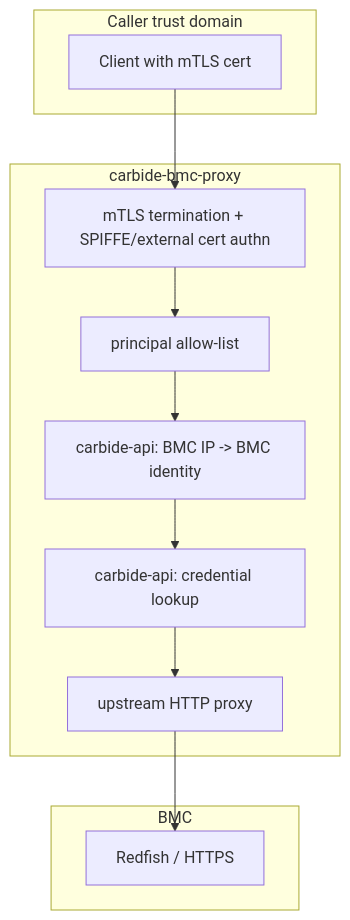
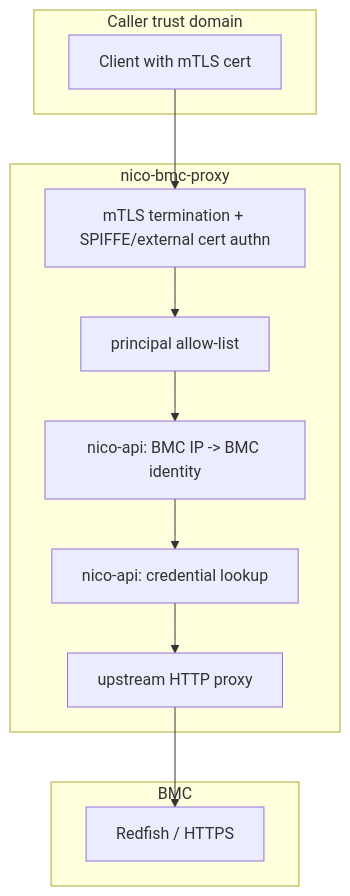
One commit to NVIDIA/infra-controller changed the second of 3 diagrams in crates/bmc-proxy/README.md. Above: the diagram before and after it, drawn with Mermaid. The commit also changed other lines of this file and 89 other files, not shown here.

````diff
--- a/crates/bmc-proxy/README.md
+++ b/crates/bmc-proxy/README.md
@@ -178,20 +178,20 @@
 ```mermaid
 flowchart TB
     subgraph Caller["Caller trust domain"]
         Client[Client with mTLS cert]
     end
 
-    subgraph ProxyBoundary["carbide-bmc-proxy"]
+    subgraph ProxyBoundary["nico-bmc-proxy"]
         MTLS[mTLS termination + SPIFFE/external cert authn]
         ALLOW[principal allow-list]
-        LOOKUP[carbide-api: BMC IP -> BMC identity]
-        CREDS[carbide-api: credential lookup]
+        LOOKUP[nico-api: BMC IP -> BMC identity]
+        CREDS[nico-api: credential lookup]
         FORWARD[upstream HTTP proxy]
     end
 
     subgraph BMCBoundary["BMC"]
         Redfish[Redfish / HTTPS]
     end
 
     Client --> MTLS --> ALLOW --> LOOKUP --> CREDS --> FORWARD --> Redfish
 ```
````
